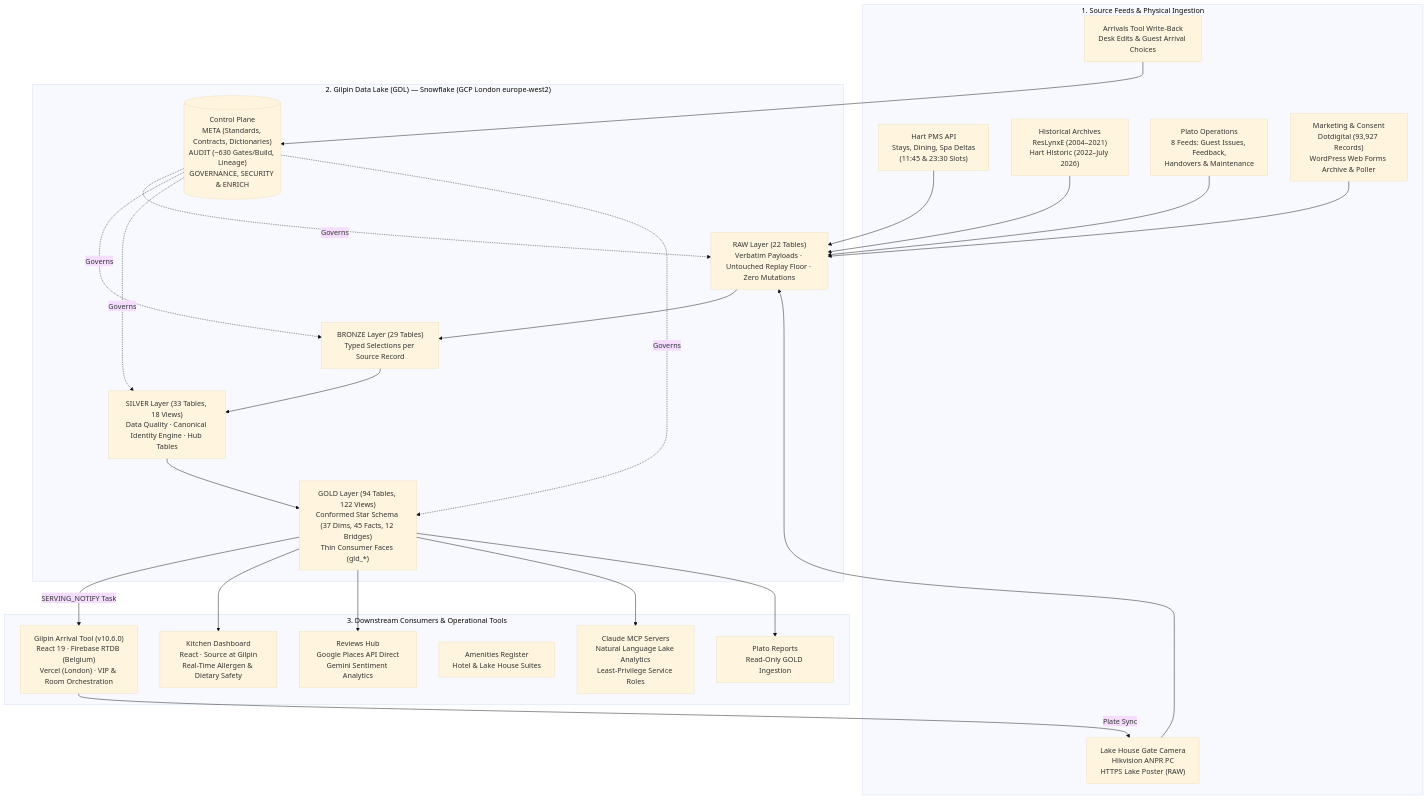
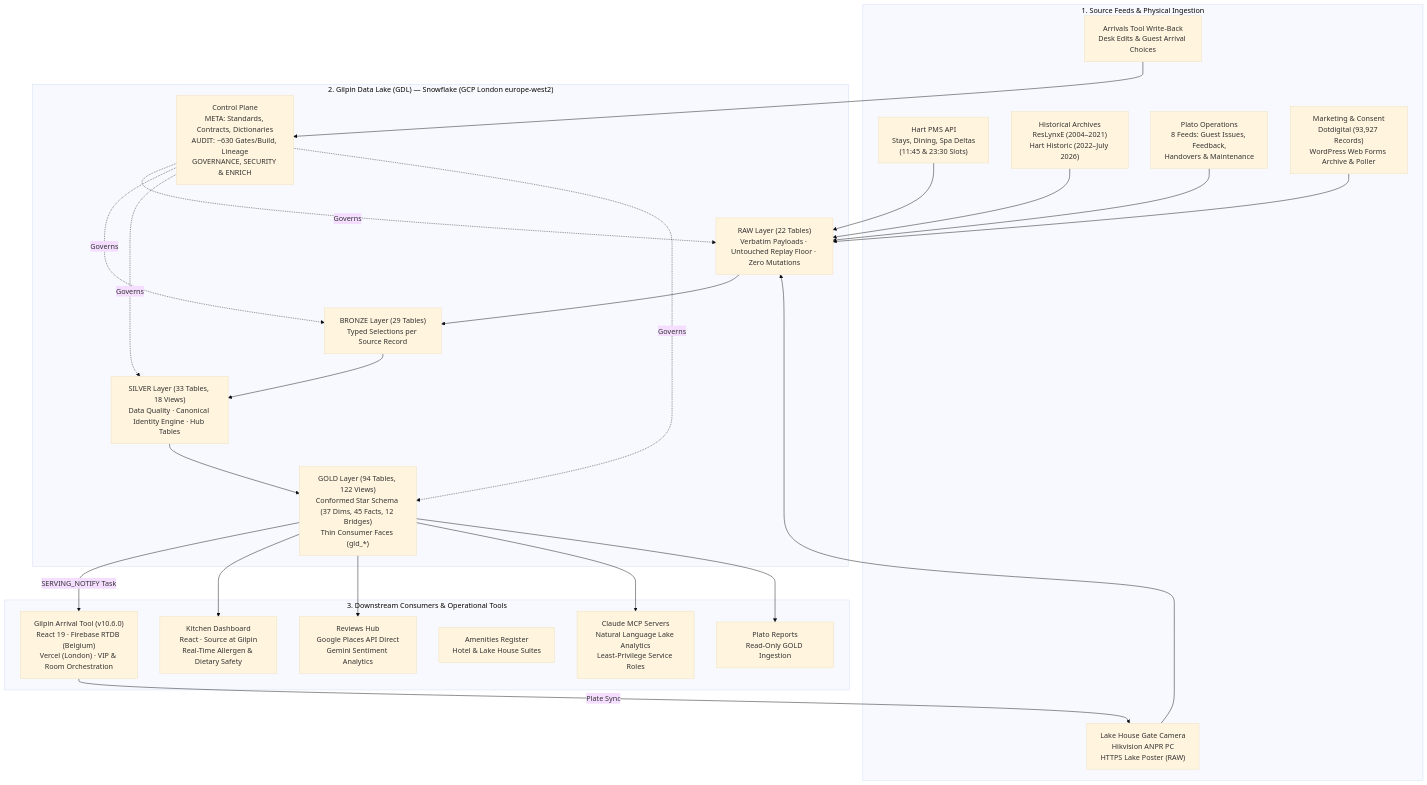
The diagram in profile/README.md (gilpin-hotel/.github), drawn with Mermaid (base theme) before and after one commit.

Commit message:
fix(mermaid): Use pipe label syntax and quote node label for GitHub viewscreen compatibility

````diff
--- a/profile/README.md
+++ b/profile/README.md
@@ -30,48 +30,48 @@
 ```mermaid
 flowchart TD
     subgraph SOURCES["1. Source Feeds & Physical Ingestion"]
         HART["Hart PMS API<br/>Stays, Dining, Spa Deltas<br/>(11:45 & 23:30 Slots)"]
         ARCH["Historical Archives<br/>ResLynxE (2004–2021)<br/>Hart Historic (2022–July 2026)"]
         PLATO_IN["Plato Operations<br/>8 Feeds: Guest Issues, Feedback,<br/>Handovers & Maintenance"]
         MKT["Marketing & Consent<br/>Dotdigital (93,927 Records)<br/>WordPress Web Forms Archive & Poller"]
         ANPR["Lake House Gate Camera<br/>Hikvision ANPR PC<br/>HTTPS Lake Poster (RAW)"]
         DESK["Arrivals Tool Write-Back<br/>Desk Edits & Guest Arrival Choices"]
     end
 
     subgraph GDL["2. Gilpin Data Lake (GDL) — Snowflake (GCP London europe-west2)"]
         RAW["RAW Layer (22 Tables)<br/>Verbatim Payloads · Untouched Replay Floor · Zero Mutations"]
         BRONZE["BRONZE Layer (29 Tables)<br/>Typed Selections per Source Record"]
         SILVER["SILVER Layer (33 Tables, 18 Views)<br/>Data Quality · Canonical Identity Engine · Hub Tables"]
         GOLD["GOLD Layer (94 Tables, 122 Views)<br/>Conformed Star Schema (37 Dims, 45 Facts, 12 Bridges)<br/>Thin Consumer Faces (gld_*)"]
-        CTRL[("Control Plane<br/>META (Standards, Contracts, Dictionaries)<br/>AUDIT (~630 Gates/Build, Lineage)<br/>GOVERNANCE, SECURITY & ENRICH")]
+        CTRL["Control Plane<br/>META: Standards, Contracts, Dictionaries<br/>AUDIT: ~630 Gates/Build, Lineage<br/>GOVERNANCE, SECURITY & ENRICH"]
         
         RAW --> BRONZE --> SILVER --> GOLD
         CTRL -. Governs .-> RAW
         CTRL -. Governs .-> BRONZE
         CTRL -. Governs .-> SILVER
         CTRL -. Governs .-> GOLD
     end
 
     subgraph CONSUMERS["3. Downstream Consumers & Operational Tools"]
         AT["Gilpin Arrival Tool (v10.6.0)<br/>React 19 · Firebase RTDB (Belgium)<br/>Vercel (London) · VIP & Room Orchestration"]
         KD["Kitchen Dashboard<br/>React · Source at Gilpin<br/>Real-Time Allergen & Dietary Safety"]
         RH["Reviews Hub<br/>Google Places API Direct<br/>Gemini Sentiment Analytics"]
         AR["Amenities Register<br/>Hotel & Lake House Suites"]
         MCP["Claude MCP Servers<br/>Natural Language Lake Analytics<br/>Least-Privilege Service Roles"]
         PLATO_OUT["Plato Reports<br/>Read-Only GOLD Ingestion"]
     end
 
     HART --> RAW
     ARCH --> RAW
     PLATO_IN --> RAW
     MKT --> RAW
     ANPR --> RAW
     DESK --> CTRL
 
-    GOLD -- "SERVING_NOTIFY Task" --> AT
+    GOLD -->|"SERVING_NOTIFY Task"| AT
     GOLD --> KD
     GOLD --> RH
     GOLD --> MCP
     GOLD --> PLATO_OUT
-    AT -- "Plate Sync" --> ANPR
+    AT -->|"Plate Sync"| ANPR
 ```
````
